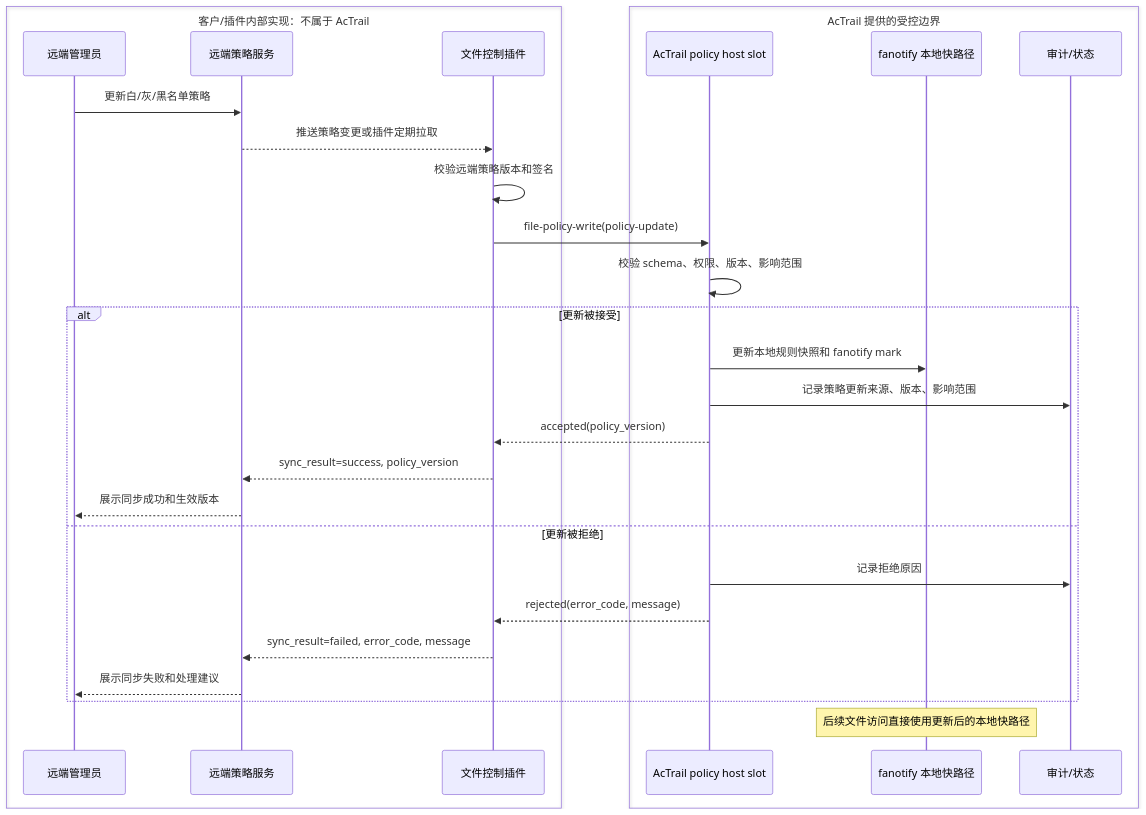
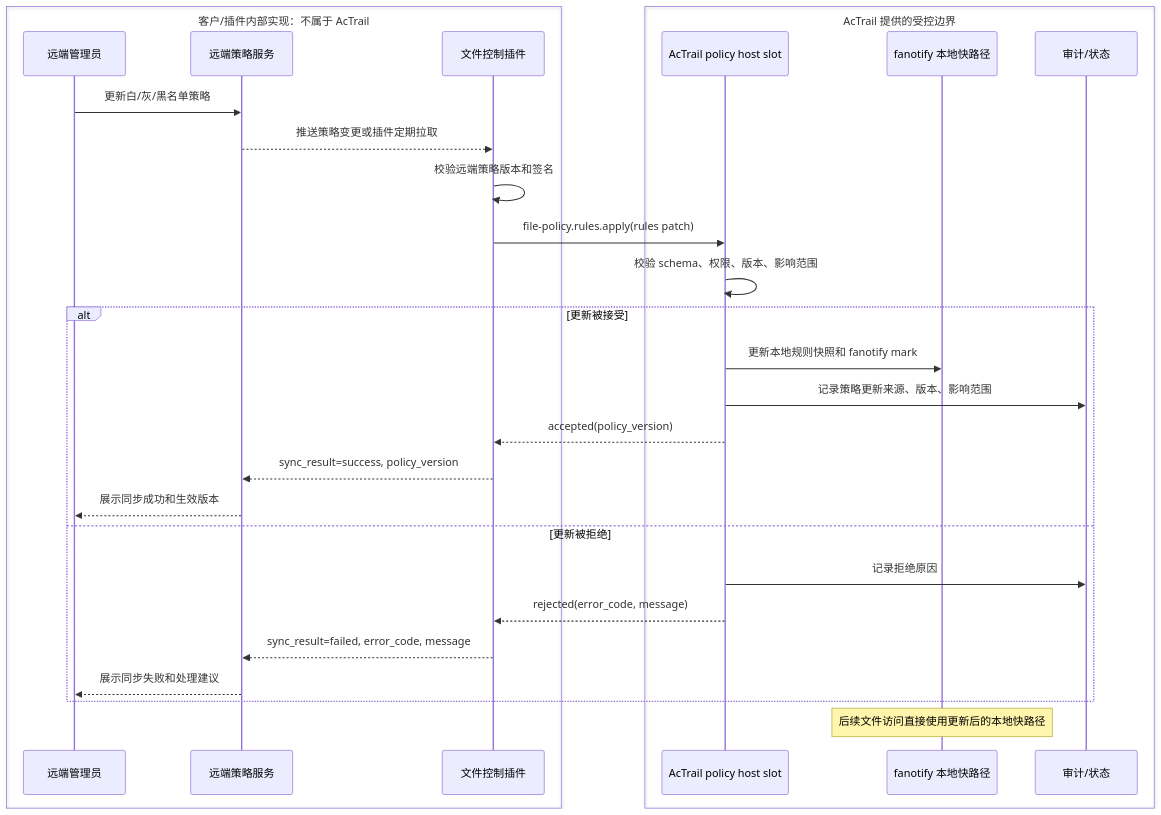
One commit to openeuler-mirror/AcTrail changed the fifth of 5 diagrams in docs/plugins/operator-manual.zh.md. Above: the diagram before and after it, drawn with Mermaid. The commit also changed other lines of this file and 97 other files, not shown here.

````diff
--- a/docs/plugins/operator-manual.zh.md
+++ b/docs/plugins/operator-manual.zh.md
@@ -559,34 +581,34 @@
 ```mermaid
 sequenceDiagram
   box 客户/插件内部实现：不属于 AcTrail
     participant Admin as 远端管理员
     participant PolicySvc as 远端策略服务
     participant Plugin as 文件控制插件
   end
 
   box AcTrail 提供的受控边界
     participant Actrail as AcTrail policy host slot
     participant FastPath as fanotify 本地快路径
     participant Audit as 审计/状态
   end
 
   Admin->>PolicySvc: 更新白/灰/黑名单策略
   PolicySvc-->>Plugin: 推送策略变更或插件定期拉取
   Plugin->>Plugin: 校验远端策略版本和签名
-  Plugin->>Actrail: file-policy-write(policy-update)
+  Plugin->>Actrail: file-policy.rules.apply(rules patch)
   Actrail->>Actrail: 校验 schema、权限、版本、影响范围
   alt 更新被接受
     Actrail->>FastPath: 更新本地规则快照和 fanotify mark
     Actrail->>Audit: 记录策略更新来源、版本、影响范围
     Actrail-->>Plugin: accepted(policy_version)
     Plugin-->>PolicySvc: sync_result=success, policy_version
     PolicySvc-->>Admin: 展示同步成功和生效版本
   else 更新被拒绝
     Actrail->>Audit: 记录拒绝原因
     Actrail-->>Plugin: rejected(error_code, message)
     Plugin-->>PolicySvc: sync_result=failed, error_code, message
     PolicySvc-->>Admin: 展示同步失败和处理建议
   end
 
   Note over FastPath: 后续文件访问直接使用更新后的本地快路径
 ```
````
